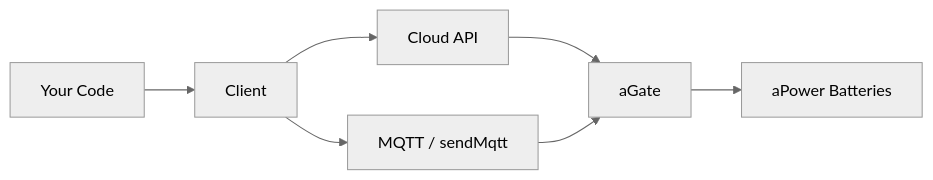
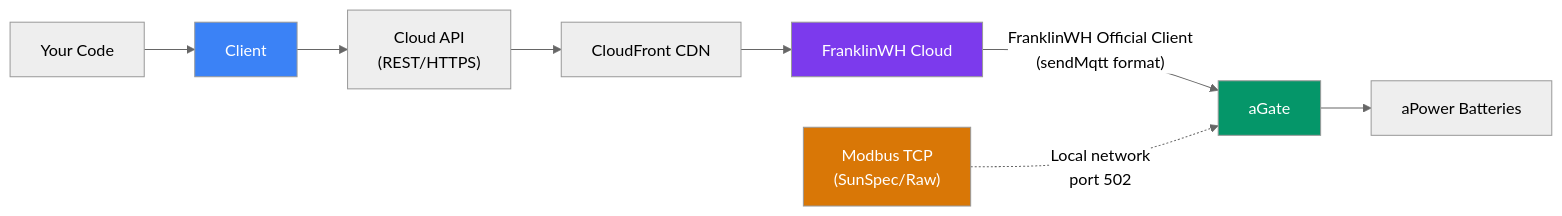
Before and after one commit to david2069/franklinwh-cloud: the diagram in docs/index.md, drawn with Mermaid (neutral theme). The commit also changed other lines of this file and 1 other file, not shown here.

Commit message:
docs: architecture diagrams — two distinct transport paths to aGate
- Cloud API: REST → CloudFront → FranklinWH Cloud → sendMqtt → aGate
- Modbus TCP: Direct LAN port 502 (SunSpec/Raw) → aGate
- Updated both docs/index.md and README.md diagrams
- index.md: feature count 48→70+, added discover CLI entry

````diff
--- a/docs/index.md
+++ b/docs/index.md
@@ -46,9 +48,18 @@
 ```mermaid
 graph LR
     A[Your Code] --> B[Client]
-    B --> C[Cloud API]
-    B --> D[MQTT / sendMqtt]
-    C --> E[aGate]
-    D --> E
+
+    B --> C["Cloud API<br/>(REST/HTTPS)"]
+    C --> CF["CloudFront CDN"]
+    CF --> FW["FranklinWH Cloud"]
+    FW -->|"FranklinWH Official Client<br/>(sendMqtt format)"| E[aGate]
+
+    M["Modbus TCP<br/>(SunSpec/Raw)"] -.->|"Local network<br/>port 502"| E
+
     E --> F[aPower Batteries]
+
+    style B fill:#3b82f6,color:#fff
+    style E fill:#059669,color:#fff
+    style FW fill:#7c3aed,color:#fff
+    style M fill:#d97706,color:#fff
 ```
````
